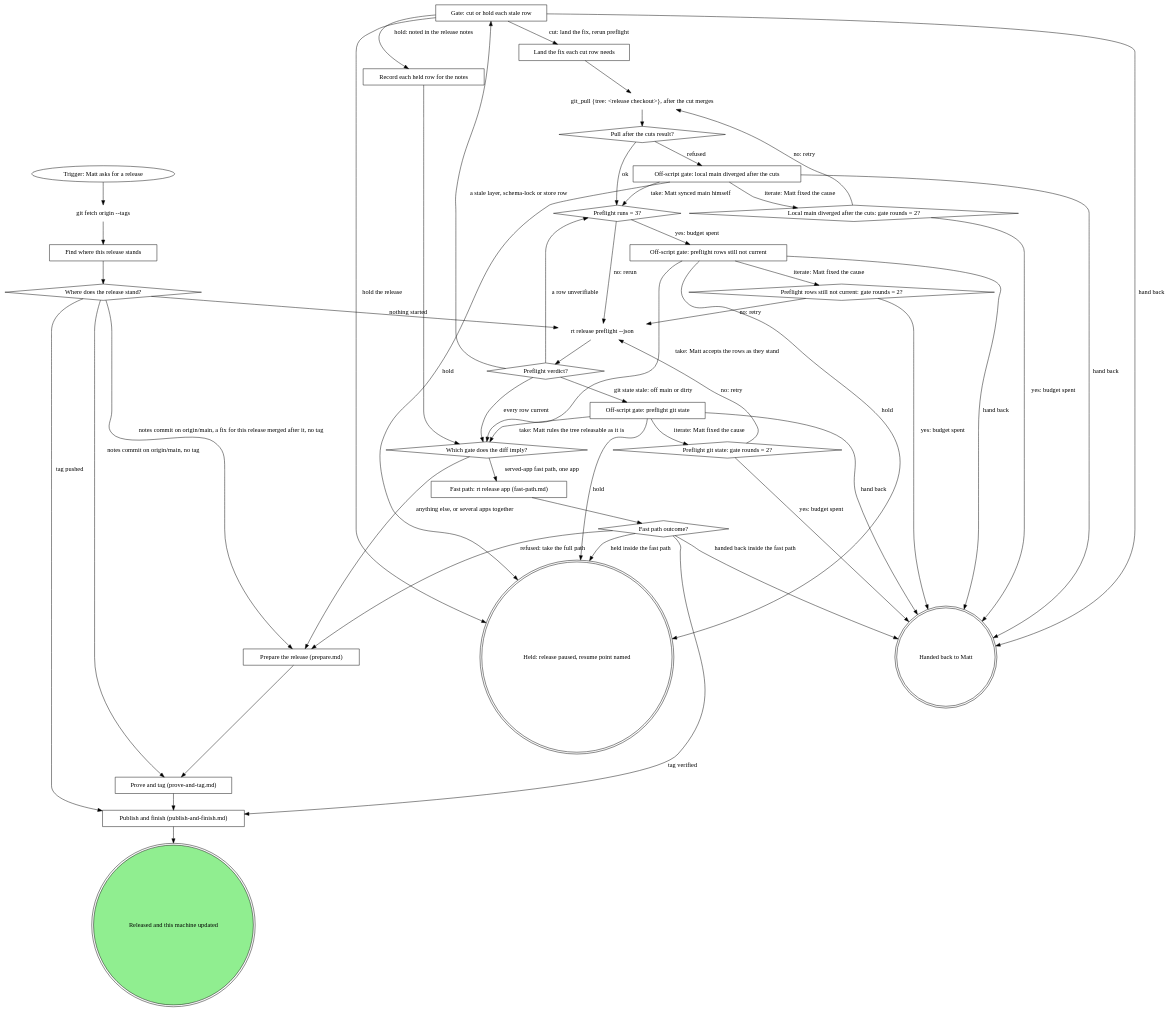
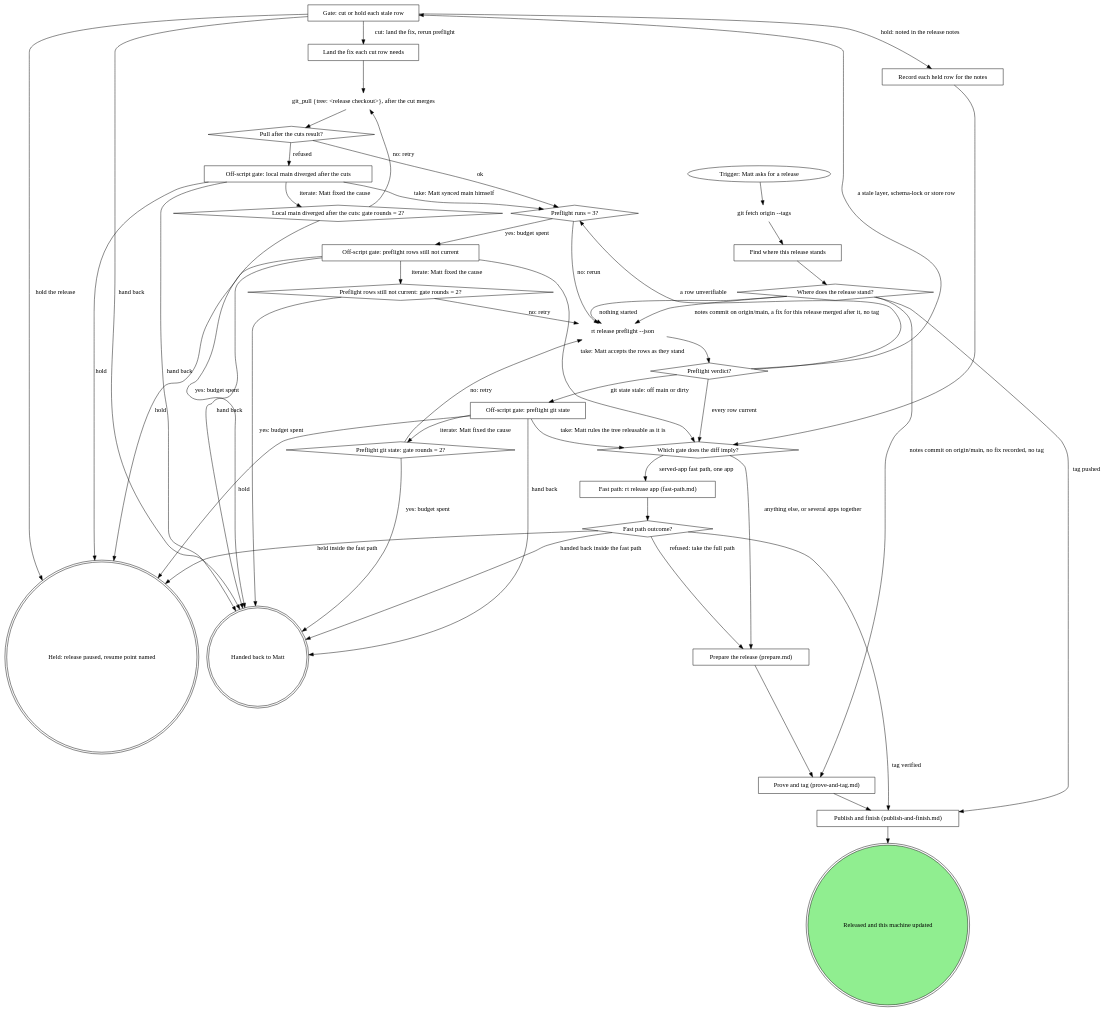
The diagram in skills/rt-release/SKILL.md (m4ttstack/mattstack), drawn with Graphviz before and after one commit. The commit also changed other lines of this file and 1 other file, not shown here.

Commit message:
rt-release: re-prepare through preflight

```diff
--- a/skills/rt-release/SKILL.md
+++ b/skills/rt-release/SKILL.md
@@ -60,8 +60,8 @@
     "git fetch origin --tags" -> "Find where this release stands";
     "Find where this release stands" -> "Where does the release stand?";
     "Where does the release stand?" -> "rt release preflight --json" [label="nothing started"];
-    "Where does the release stand?" -> "Prove and tag (prove-and-tag.md)" [label="notes commit on origin/main, no tag"];
-    "Where does the release stand?" -> "Prepare the release (prepare.md)" [label="notes commit on origin/main, a fix for this release merged after it, no tag"];
+    "Where does the release stand?" -> "Prove and tag (prove-and-tag.md)" [label="notes commit on origin/main, no fix recorded, no tag"];
+    "Where does the release stand?" -> "rt release preflight --json" [label="notes commit on origin/main, a fix for this release merged after it, no tag"];
     "Where does the release stand?" -> "Publish and finish (publish-and-finish.md)" [label="tag pushed"];
     "rt release preflight --json" -> "Preflight verdict?";
     "Preflight verdict?" -> "Which gate does the diff imply?" [label="every row current"];
```
